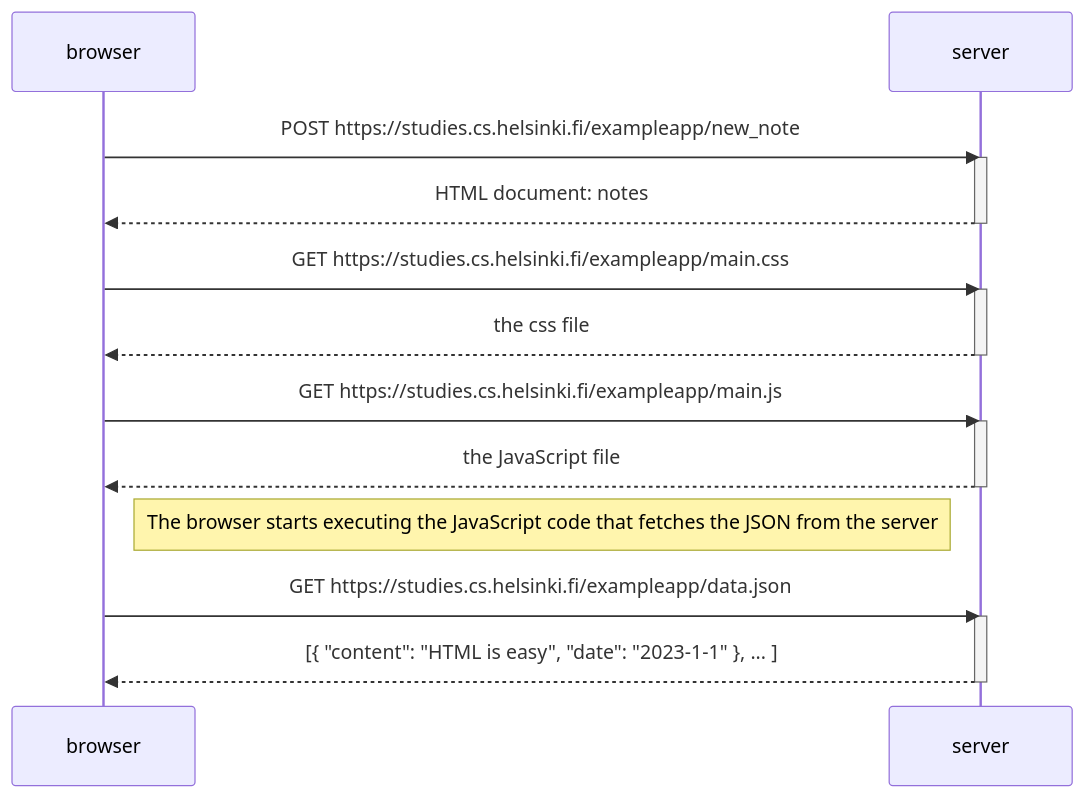
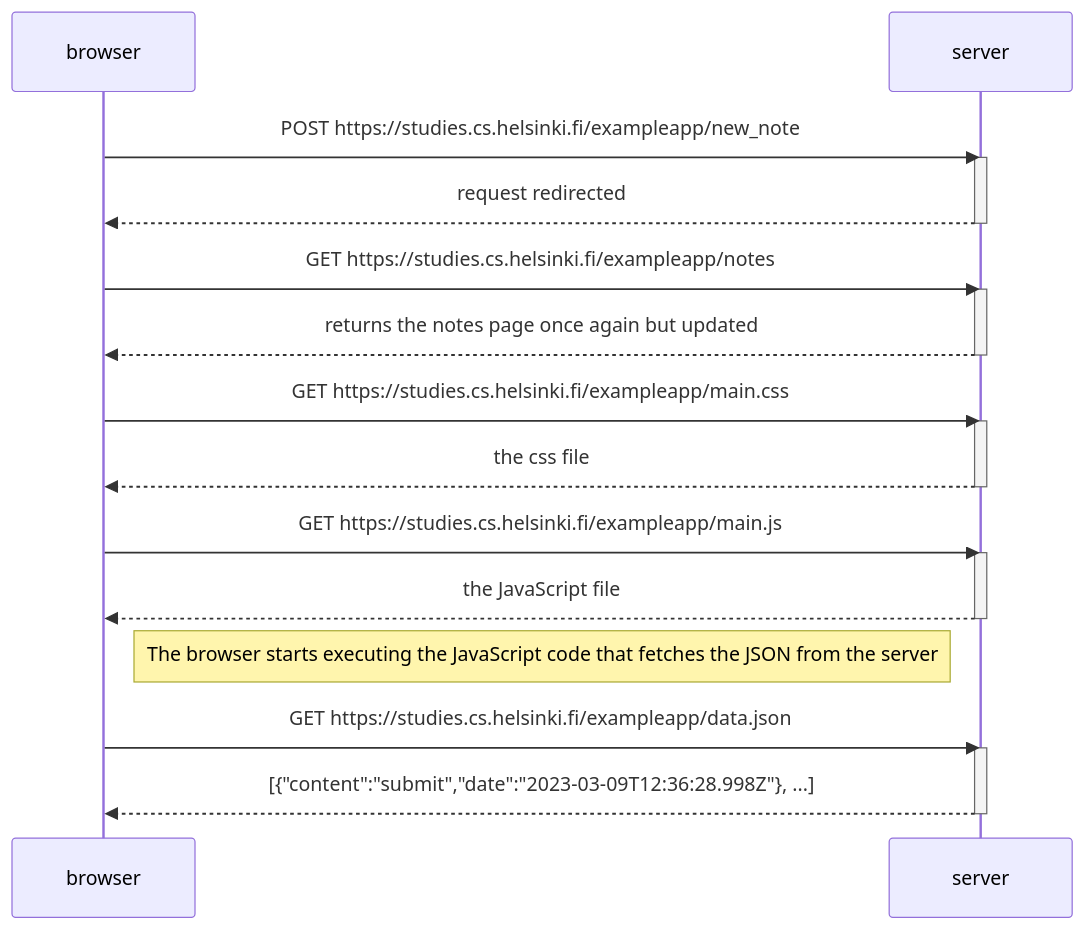
The diagram in part0/0.4/README.md (Amr-Magdy95/FullStackOpen), drawn with Mermaid before and after one commit. The commit also changed 2 other files, not shown here.

Commit message:
revised all three exercises

````diff
--- a/part0/0.4/README.md
+++ b/part0/0.4/README.md
@@ -3,29 +3,34 @@
 ```mermaid
 sequenceDiagram
     participant browser
     participant server
 
     browser->>server: POST https://studies.cs.helsinki.fi/exampleapp/new_note
     activate server
-    server-->>browser: HTML document: notes
+    server-->>browser: request redirected
+    deactivate server
+
+    browser->>server: GET https://studies.cs.helsinki.fi/exampleapp/notes
+    activate server
+    server-->>browser: returns the notes page once again but updated
     deactivate server
 
     browser->>server: GET https://studies.cs.helsinki.fi/exampleapp/main.css
     activate server
     server-->>browser: the css file
     deactivate server
 
     browser->>server: GET https://studies.cs.helsinki.fi/exampleapp/main.js
     activate server
     server-->>browser: the JavaScript file
     deactivate server
 
     Note right of browser: The browser starts executing the JavaScript code that fetches the JSON from the server
 
     browser->>server: GET https://studies.cs.helsinki.fi/exampleapp/data.json
     activate server
-    server-->>browser: [{ "content": "HTML is easy", "date": "2023-1-1" }, ... ]
+    server-->>browser: [{"content":"submit","date":"2023-03-09T12:36:28.998Z"}, ...]
     deactivate server
 
 
 ```
````
